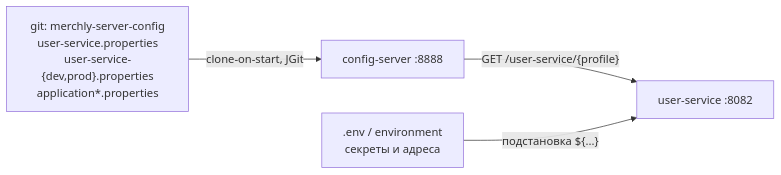
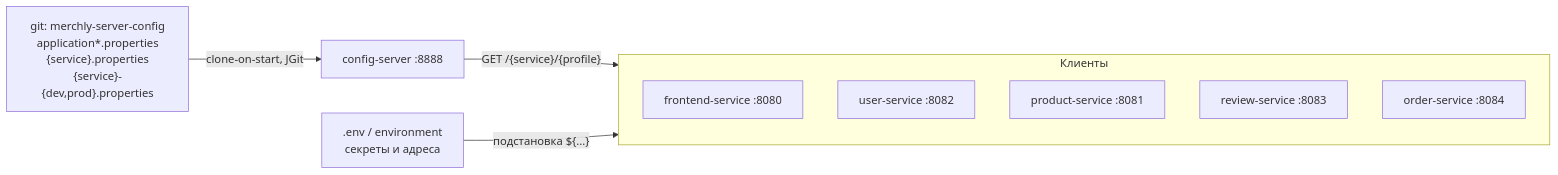
One commit to cvvexx/Merchly changed the third of 3 diagrams in README.md. Above: the diagram before and after it, drawn with Mermaid. The commit also changed other lines of this file, not shown here.

````diff
--- a/README.md
+++ b/README.md
@@ -207,11 +211,19 @@
 ```mermaid
 flowchart LR
-    GIT["git: merchly-server-config<br/>user-service.properties<br/>user-service-{dev,prod}.properties<br/>application*.properties"]
+    GIT["git: merchly-server-config<br/>application*.properties<br/>{service}.properties<br/>{service}-{dev,prod}.properties"]
     CS["config-server :8888"]
-    US["user-service :8082"]
+
+    subgraph CLIENTS["Клиенты"]
+        FE["frontend-service :8080"]
+        US["user-service :8082"]
+        PS["product-service :8081"]
+        RS["review-service :8083"]
+        OS["order-service :8084"]
+    end
+
     ENV[".env / environment<br/>секреты и адреса"]
 
     GIT -->|"clone-on-start, JGit"| CS
-    CS -->|"GET /user-service/{profile}"| US
-    ENV -->|"подстановка ${...}"| US
+    CS -->|"GET /{service}/{profile}"| CLIENTS
+    ENV -->|"подстановка ${...}"| CLIENTS
 ```
````
